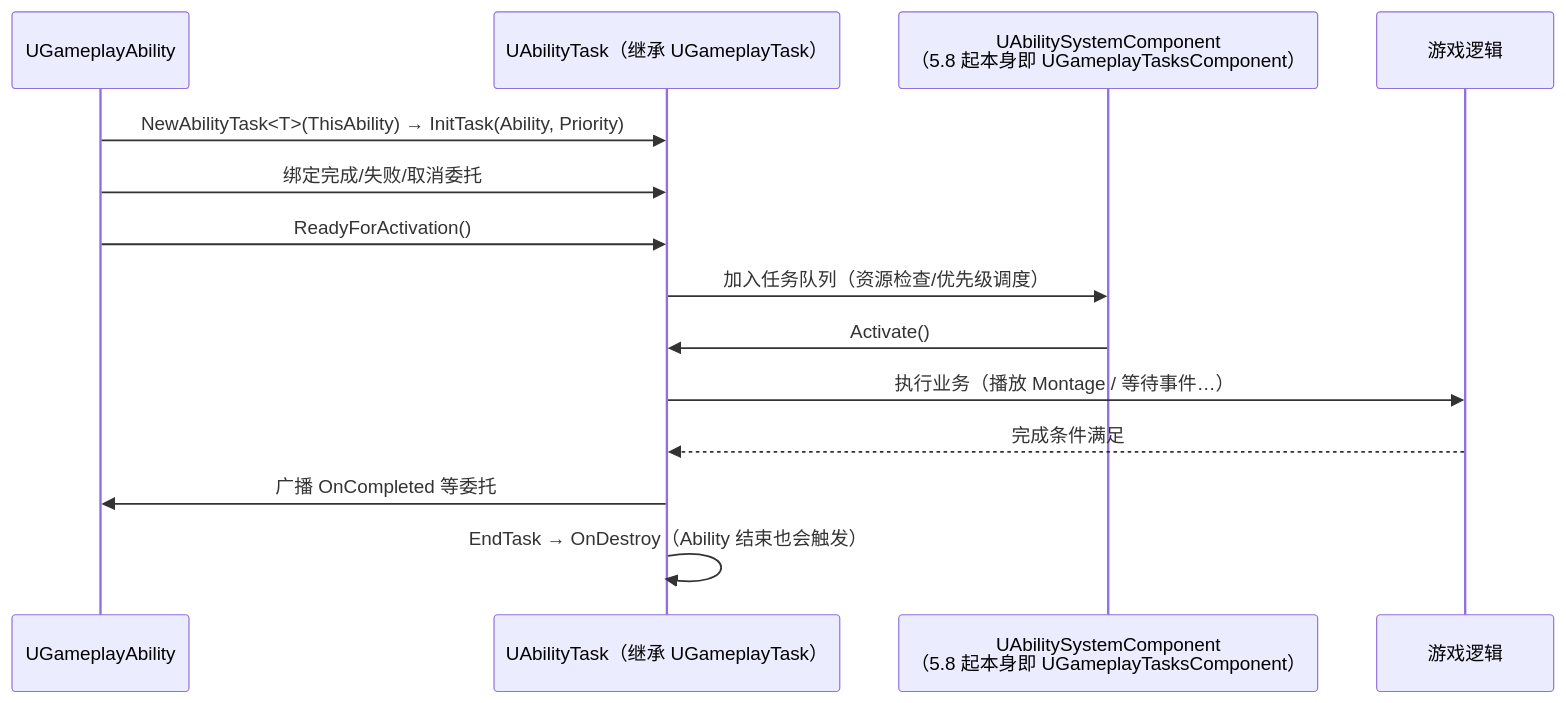
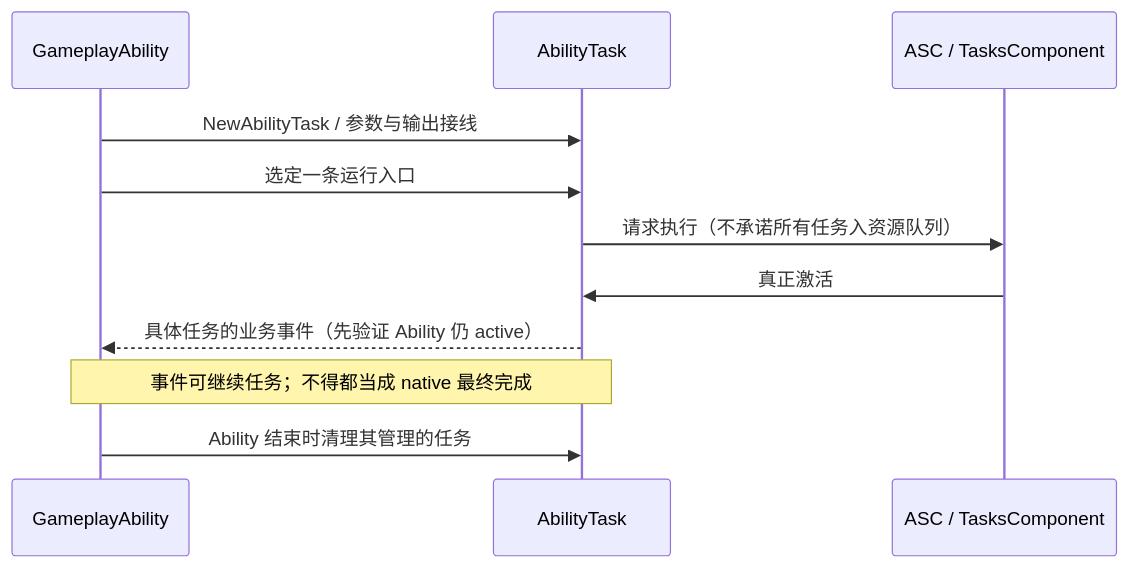
The fourth of 4 diagrams in 知识/05-Gameplay与交互系统/玩法架构与任务协作/09-GameplayTask任务框架.md (fantuan812/learning), drawn with Mermaid before and after one commit. The commit also changed other lines of this file and 2 other files, not shown here.

Commit message:
docs: 纠正 GameplayTasks 使用合同与源码分支解读

````diff
--- a/知识/05-Gameplay与交互系统/玩法架构与任务协作/09-GameplayTask任务框架.md
+++ b/知识/05-Gameplay与交互系统/玩法架构与任务协作/09-GameplayTask任务框架.md
@@ -164,17 +485,13 @@
 ```mermaid
 sequenceDiagram
-    participant AB as UGameplayAbility
-    participant T as UAbilityTask（继承 UGameplayTask）
-    participant ASC as UAbilitySystemComponent<br/>（5.8 起本身即 UGameplayTasksComponent）
-    participant G as 游戏逻辑
-
-    AB->>T: NewAbilityTask<T>(ThisAbility) → InitTask(Ability, Priority)
-    AB->>T: 绑定完成/失败/取消委托
-    AB->>T: ReadyForActivation()
-    T->>ASC: 加入任务队列（资源检查/优先级调度）
-    ASC->>T: Activate()
-    T->>G: 执行业务（播放 Montage / 等待事件…）
-    G-->>T: 完成条件满足
-    T->>AB: 广播 OnCompleted 等委托
-    T->>T: EndTask → OnDestroy（Ability 结束也会触发）
+    participant A as GameplayAbility
+    participant T as AbilityTask
+    participant C as ASC / TasksComponent
+    A->>T: NewAbilityTask / 参数与输出接线
+    A->>T: 选定一条运行入口
+    T->>C: 请求执行（不承诺所有任务入资源队列）
+    C->>T: 真正激活
+    T-->>A: 具体任务的业务事件（先验证 Ability 仍 active）
+    Note over T,A: 事件可继续任务；不得都当成 native 最终完成
+    A->>T: Ability 结束时清理其管理的任务
 ```
````
